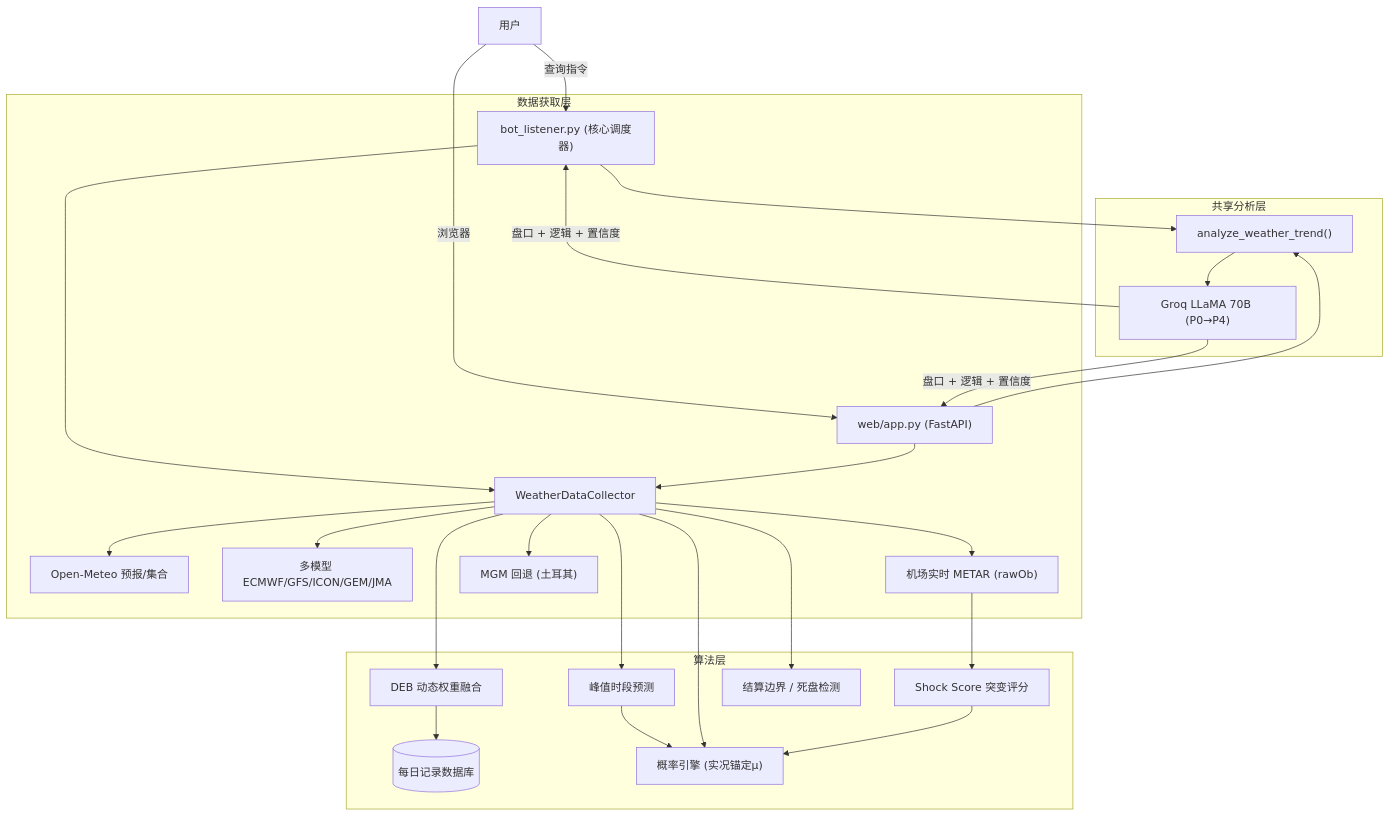
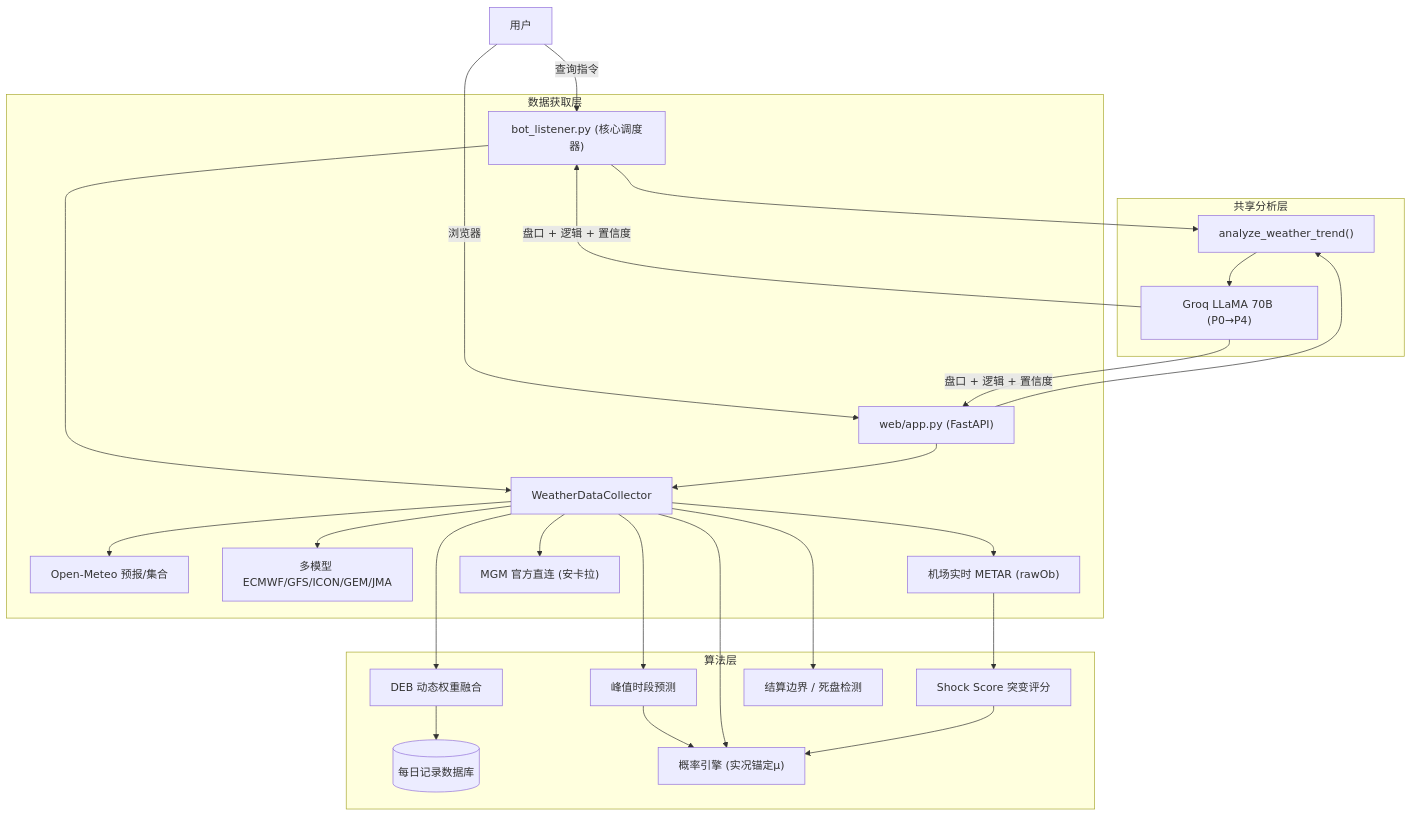
One commit to ivanmladek/PolyWeather changed the diagram in README_ZH.md. Above: the diagram before and after it, drawn with Mermaid. The commit also changed other lines of this file and 2 other files, not shown here.

Commit message:
feat: Enhance real-time data fetching with cache control and primary MGM sourcing for Ankara, and add technical debt documentation.

````diff
--- a/README_ZH.md
+++ b/README_ZH.md
@@ -152,34 +153,34 @@
 ```mermaid
 graph TD
     User[用户] -->|查询指令| Bot["bot_listener.py (核心调度器)"]
     User -->|浏览器| Web["web/app.py (FastAPI)"]
 
     subgraph 数据获取层
         Bot --> Collector[WeatherDataCollector]
         Web --> Collector
         Collector --> OM[Open-Meteo 预报/集合]
         Collector --> MM[多模型 ECMWF/GFS/ICON/GEM/JMA]
         Collector --> METAR["机场实时 METAR (rawOb)"]
-        Collector --> MGM["MGM 回退 (土耳其)"]
+        Collector --> MGM["MGM 官方直连 (安卡拉)"]
     end
 
     subgraph 算法层
         Collector --> Peak[峰值时段预测]
         Collector --> DEB[DEB 动态权重融合]
         DEB --> DB[(每日记录数据库)]
         Peak --> Prob["概率引擎 (实况锚定μ)"]
         Collector --> Prob
         METAR --> Shock[Shock Score 突变评分]
         Shock --> Prob
         Collector --> Logic["结算边界 / 死盘检测"]
     end
 
     subgraph 共享分析层
         Bot --> ATF["analyze_weather_trend()"]
         Web --> ATF
         ATF --> AI["Groq LLaMA 70B (P0→P4)"]
     end
 
     AI -->|盘口 + 逻辑 + 置信度| Bot
     AI -->|盘口 + 逻辑 + 置信度| Web
 ```
````
